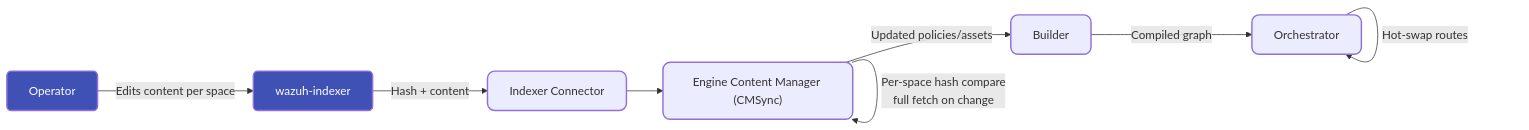
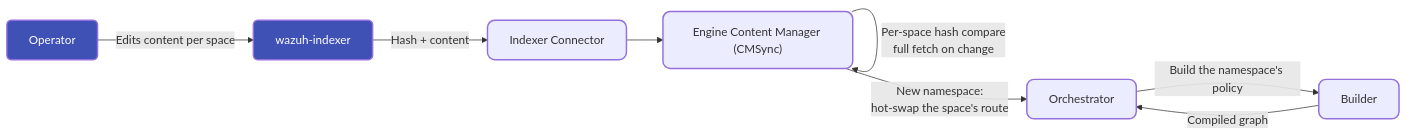
The third of 3 diagrams in docs/ref/modules/engine/architecture.md (wazuh/wazuh), drawn with Mermaid before and after one commit. The commit also changed other lines of this file and 264 other files, not shown here.

````diff
--- a/docs/ref/modules/engine/architecture.md
+++ b/docs/ref/modules/engine/architecture.md
@@ -181,21 +182,21 @@
 ```mermaid
 flowchart LR
 
 classDef ExternalClass fill:#3f51b5,color:#fff,stroke-width:2px,rx:6,ry:6
 classDef ModuleClass stroke-width:2px,rx:10,ry:10
 
 operator["Operator"]:::ExternalClass
 indexer["wazuh-indexer"]:::ExternalClass
 ic["Indexer Connector"]:::ModuleClass
 cm["Engine Content Manager (CMSync)"]:::ModuleClass
 builder["Builder"]:::ModuleClass
 orchestrator["Orchestrator"]:::ModuleClass
 
 operator -- "Edits content per space" --> indexer
 indexer -- "Hash + content" --> ic
 ic --> cm
 cm -- "Per-space hash compare<br/>full fetch on change" --> cm
-cm -- "Updated policies/assets" --> builder
+cm -- "New namespace:<br/>hot-swap the space's route" --> orchestrator
+orchestrator -- "Build the namespace's policy" --> builder
 builder -- "Compiled graph" --> orchestrator
-orchestrator -- "Hot-swap routes" --> orchestrator
 ```
````
